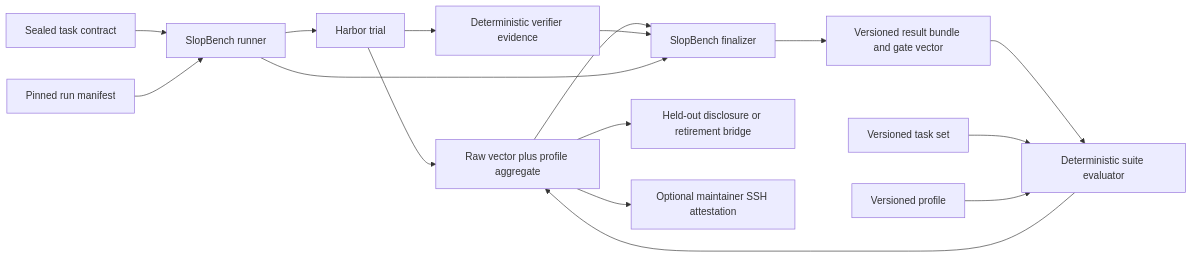
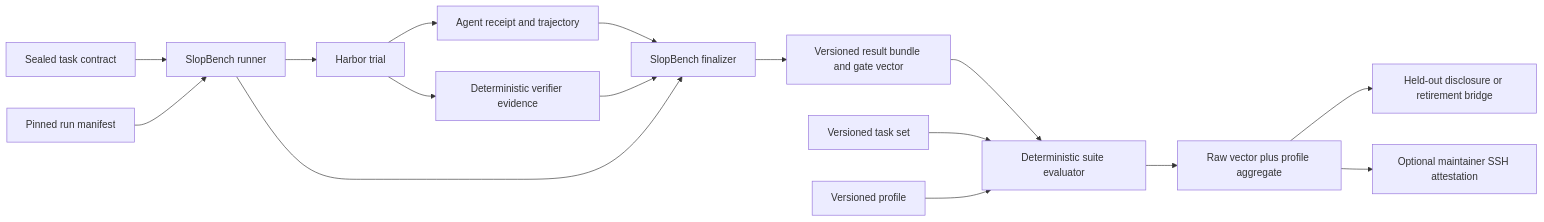
One commit to uinaf/slopbench changed the diagram in docs/ARCHITECTURE.md. Above: the diagram before and after it, drawn with Mermaid. The commit also changed other lines of this file and 129 other files, not shown here.

````diff
--- a/docs/ARCHITECTURE.md
+++ b/docs/ARCHITECTURE.md
@@ -6,18 +6,18 @@
 ```mermaid
 flowchart LR
     T["Sealed task contract"] --> R["SlopBench runner"]
     M["Pinned run manifest"] --> R
     R --> H["Harbor trial"]
-    H --> A["Agent receipt and trajectory"]
+    H --> AR["Agent receipt and trajectory"]
     H --> V["Deterministic verifier evidence"]
-    A --> F["SlopBench finalizer"]
+    AR --> F["SlopBench finalizer"]
     V --> F
     R --> F
     F --> O["Versioned result bundle and gate vector"]
     O --> E["Deterministic suite evaluator"]
     S["Versioned task set"] --> E
     P["Versioned profile"] --> E
-    E --> A["Raw vector plus profile aggregate"]
-    A --> D["Held-out disclosure or retirement bridge"]
-    A --> X["Optional maintainer SSH attestation"]
+    E --> RV["Raw vector plus profile aggregate"]
+    RV --> D["Held-out disclosure or retirement bridge"]
+    RV --> X["Optional maintainer SSH attestation"]
 ```
````
